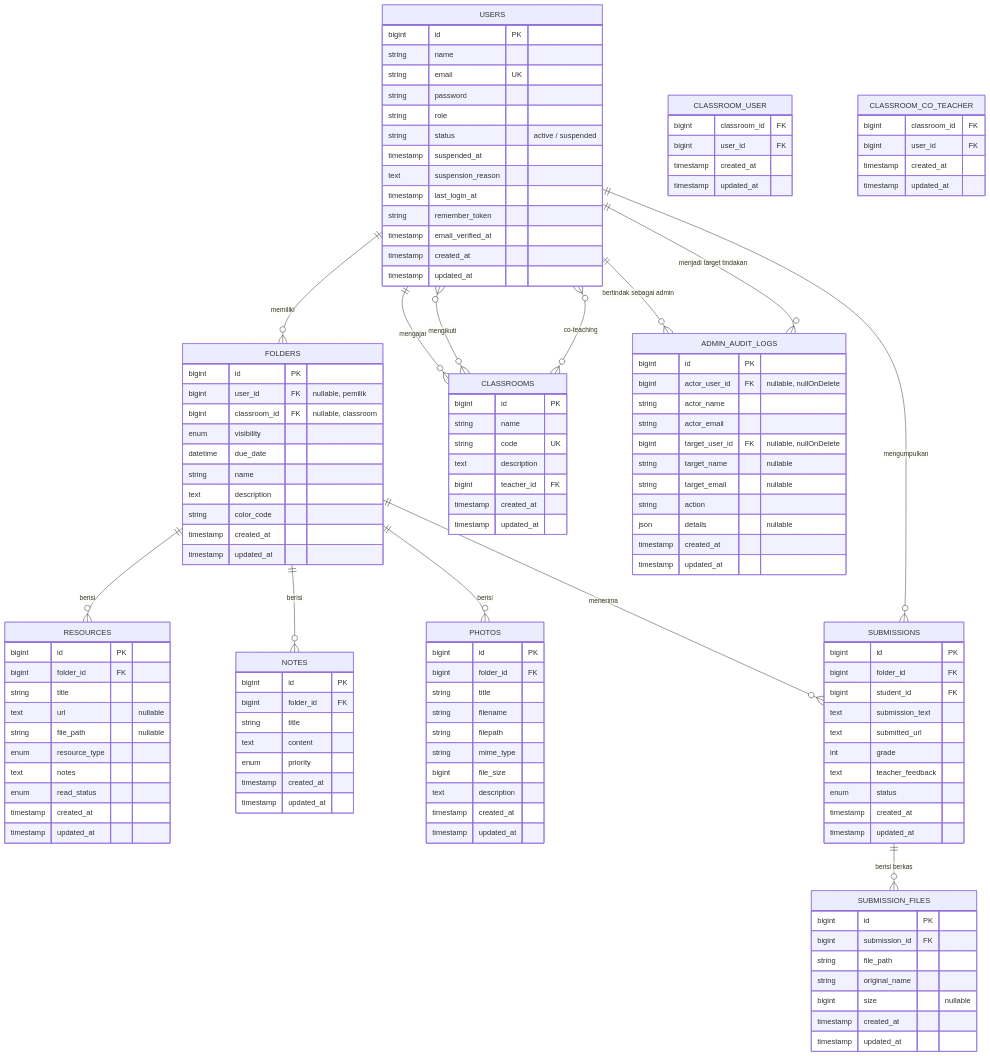
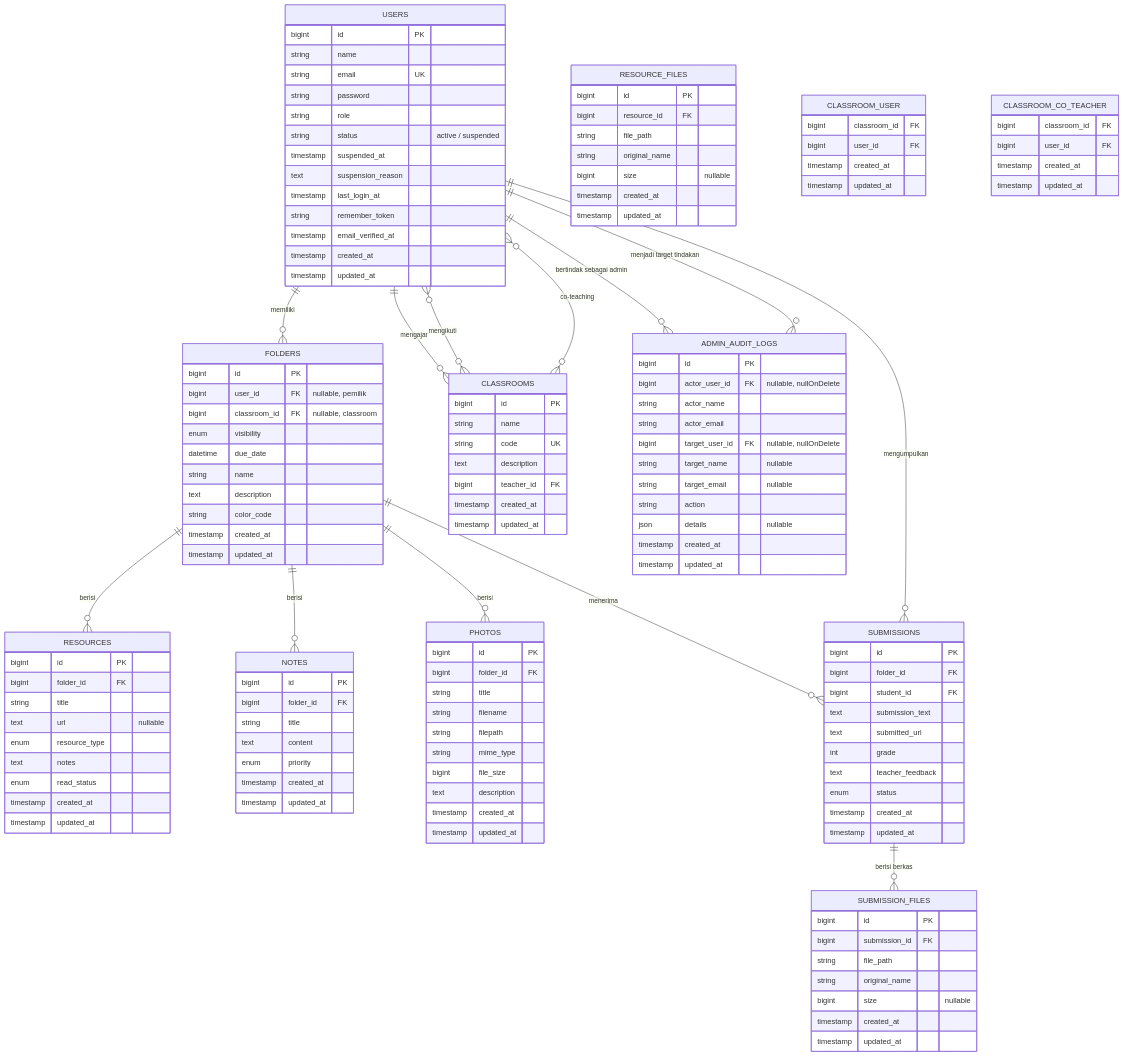
The ninth of 9 diagrams in docs/PRD.md (XWAYLAND/TataKelas), drawn with Mermaid before and after one commit. The commit also changed other lines of this file and 1 other file, not shown here.

```diff
--- a/docs/PRD.md
+++ b/docs/PRD.md
@@ -842,10 +845,19 @@
         bigint folder_id FK
         string title
         text url "nullable"
-        string file_path "nullable"
         enum resource_type
         text notes
         enum read_status
+        timestamp created_at
+        timestamp updated_at
+    }
+
+    RESOURCE_FILES {
+        bigint id PK
+        bigint resource_id FK
+        string file_path
+        string original_name
+        bigint size "nullable"
         timestamp created_at
         timestamp updated_at
     }
```
